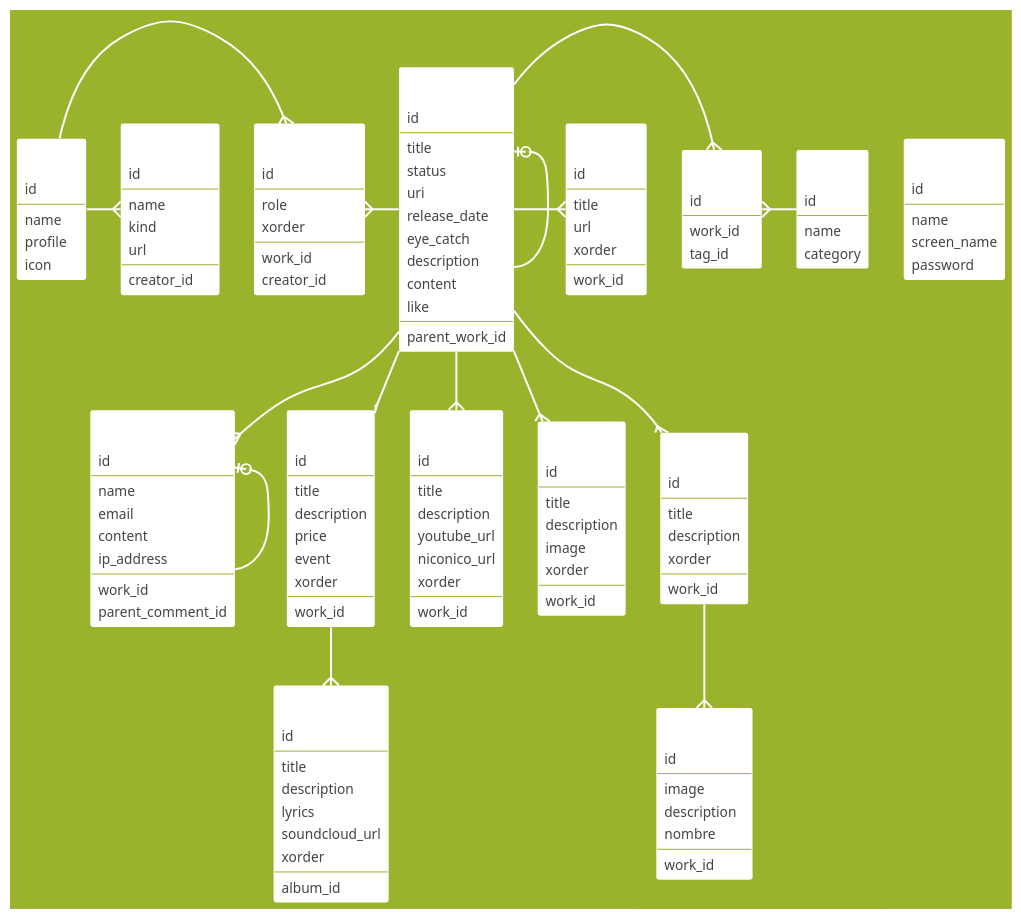
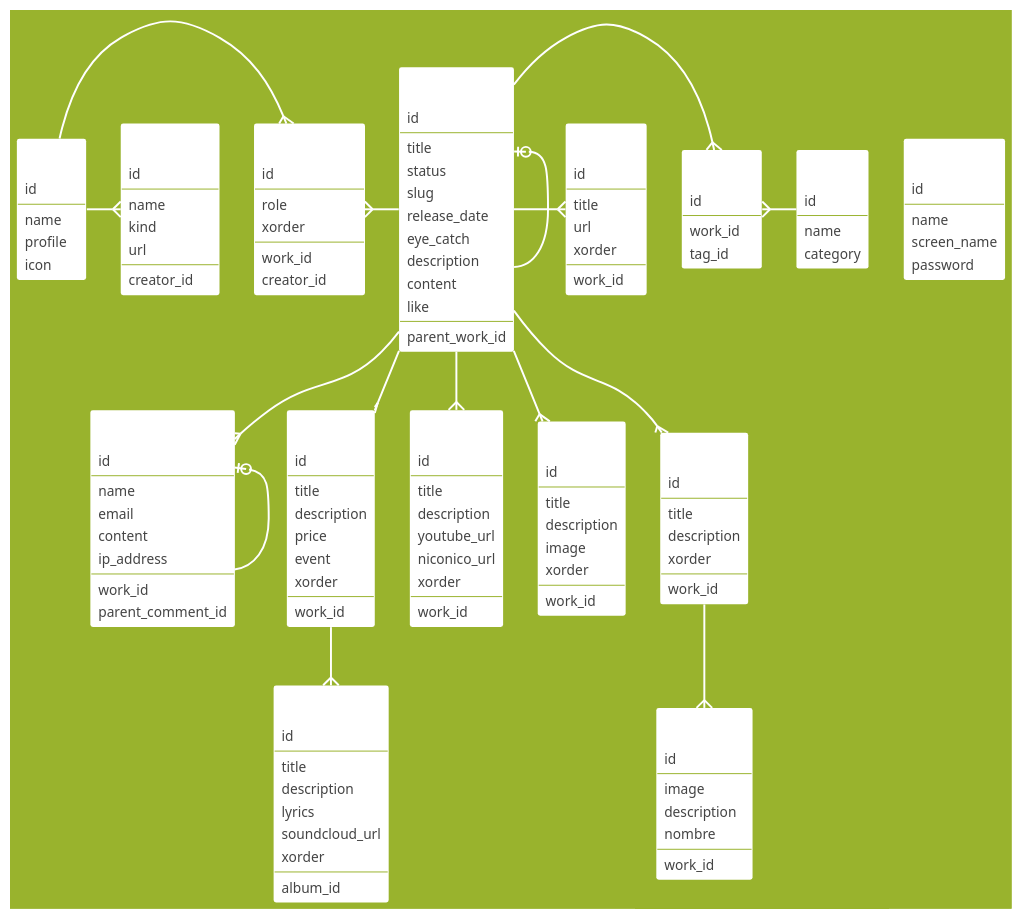
Before and after one commit to comorebi-notes/yorozuya: the diagram in documents/erd.puml, drawn with PlantUML. The commit also changed 38 other files, not shown here.

```diff
--- a/documents/erd.puml
+++ b/documents/erd.puml
@@ -1,194 +1,194 @@
 @startuml
 
 hide circle
 
 skinparam Shadowing false
 skinparam DefaultFontName "Ricty Diminished"
 skinparam DefaultFontSize 14
 skinparam DefaultFontStyle bold
 skinparam classFontSize 16
 skinparam classFontStyle bold
 skinparam ArrowColor white
 skinparam ArrowThickness 2
 skinparam Padding 2
 skinparam ClassBorderThickness 0
 
 skinparam DefaultFontColor #444
 skinparam BackgroundColor #99b32d
 skinparam ClassBorderColor #99b32d
 skinparam ClassHeaderBackgroundColor #c46
 skinparam ClassBackgroundColor #fff
 skinparam StereotypeCBackgroundColor #fff
 skinparam classFontColor #fff
 
 entity User {
   id
   --
   name
   screen_name
   password
 }
 
 entity Work {
   id
   --
   title
   status
-  uri
+  slug
   release_date
   eye_catch
   description
   content
   like
   --
   parent_work_id
 }
 
 entity Tag {
   id
   --
   name
   category
 }
 
 entity WorkTag {
   id
   --
   work_id
   tag_id
 }
 
 entity Comment {
   id
   --
   name
   email
   content
   ip_address
   --
   work_id
   parent_comment_id
 }
 
 entity WorkSite {
   id
   --
   title
   url
   xorder
   --
   work_id
 }
 
 entity Album {
   id
   --
   title
   description
   price
   event
   xorder
   --
   work_id
 }
 
 entity Music {
   id
   --
   title
   description
   lyrics
   soundcloud_url
   xorder
   --
   album_id
 }
 
 entity Movie {
   id
   --
   title
   description
   youtube_url
   niconico_url
   xorder
   --
   work_id
 }
 
 entity Artwork {
   id
   --
   title
   description
   image
   xorder
   --
   work_id
 }
 
 entity Comic {
   id
   --
   title
   description
   xorder
   --
   work_id
 }
 
 entity ComicPage {
   id
   --
   image
   description
   nombre
   --
   work_id
 }
 
 entity WorkCreator {
   id
   --
   role
   xorder
   --
   work_id
   creator_id
 }
 
 entity Creator {
   id
   --
   name
   profile
   icon
 }
 
 entity CreatorSite {
   id
   --
   name
   kind
   url
   --
   creator_id
 }
 
 Work -{ WorkTag
 WorkTag }- Tag
 Work --{ Comment
 Comment |o- Comment
 Work -{ WorkSite
 Work --{ Album
 Album --{ Music
 Work --{ Artwork
 Work --{ Movie
 Work --{ Comic
 Comic --{ ComicPage
 Creator -{ WorkCreator
 WorkCreator }- Work
 Creator -{ CreatorSite
 Work |o- Work
 
 @enduml
```
